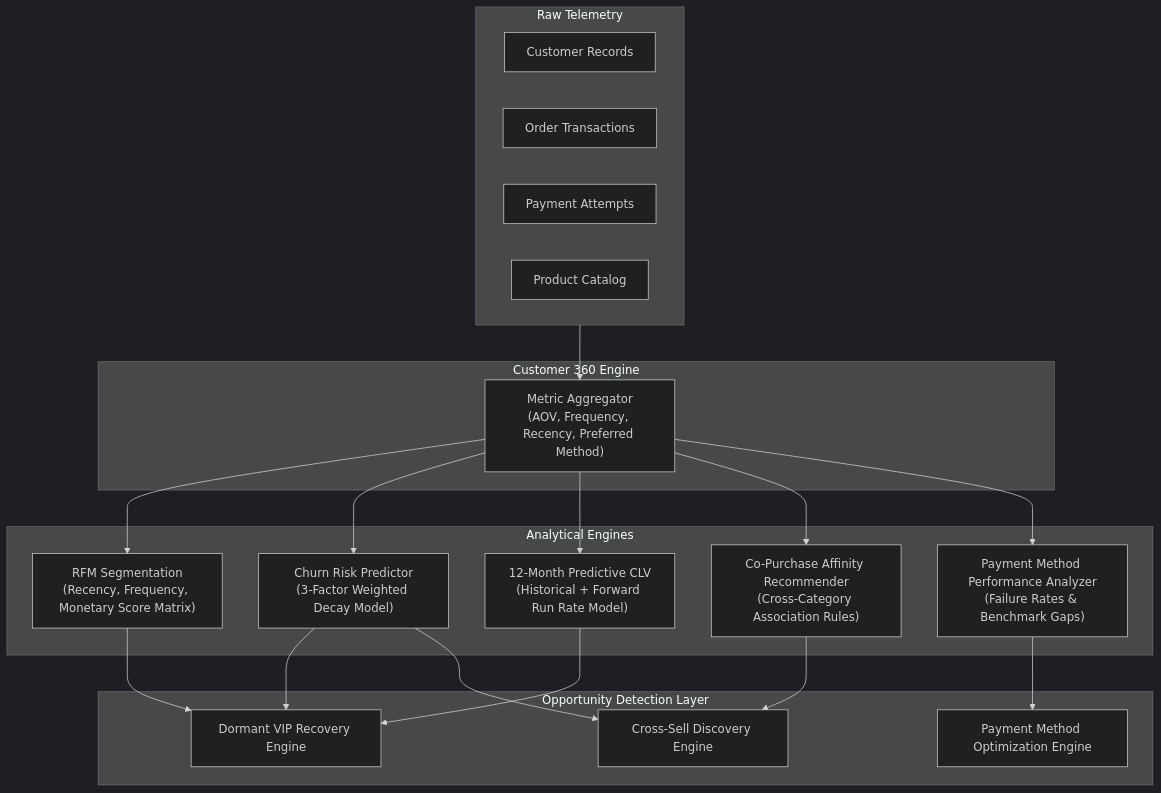
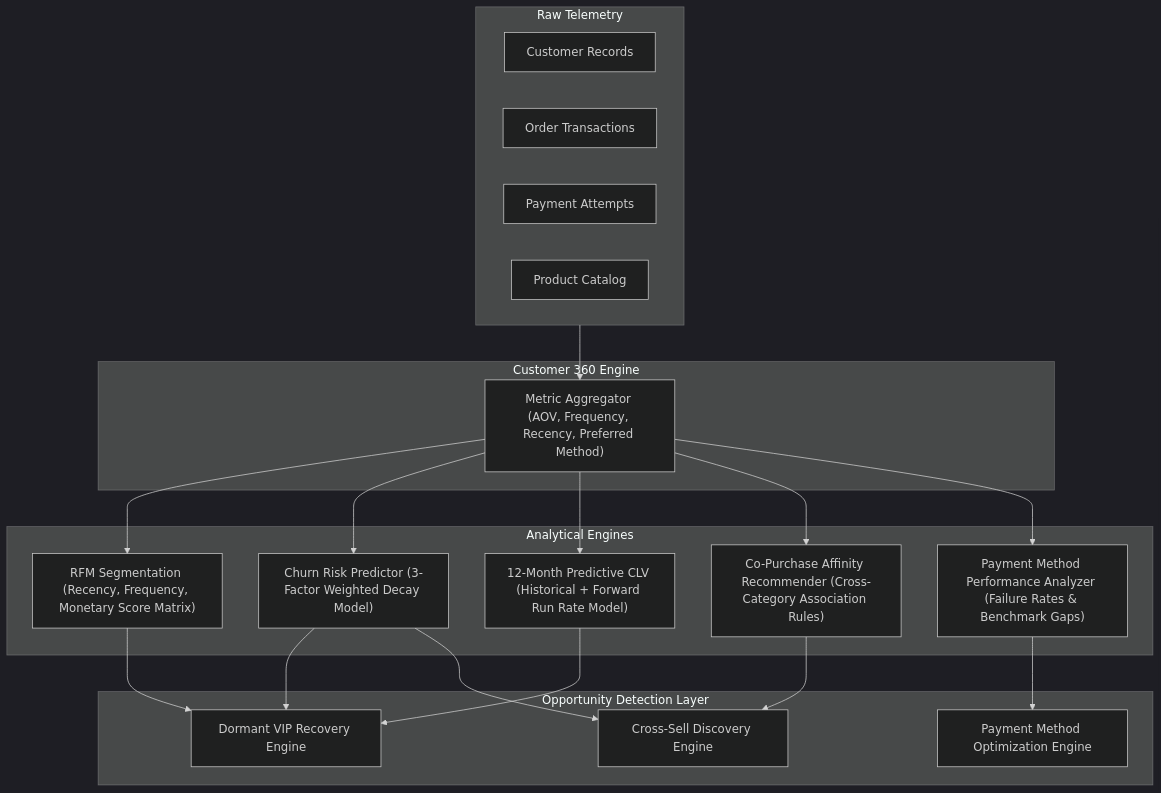
One commit to MouleeswaranR/RazorGrowth changed the first of 2 diagrams in docs/INTELLIGENCE.md. Above: the diagram before and after it, drawn with Mermaid (dark theme). The commit also changed other lines of this file and 21 other files, not shown here.

````diff
--- a/docs/INTELLIGENCE.md
+++ b/docs/INTELLIGENCE.md
@@ -7,38 +7,41 @@
 ```mermaid
 flowchart TD
     subgraph RawData["Raw Telemetry"]
         CUST["Customer Records"]
         ORD["Order Transactions"]
         PAY["Payment Attempts"]
         PROD["Product Catalog"]
     end
 
     subgraph C360["Customer 360 Engine"]
-        AGG["Metric Aggregator\n(AOV, Frequency, Recency, Preferred Method)"]
+        AGG["Metric Aggregator (AOV, Frequency, Recency, Preferred Method)"]
     end
 
     subgraph AnalyticalModels["Analytical Engines"]
-        RFM["RFM Segmentation\n(Recency, Frequency, Monetary Score Matrix)"]
-        CHURN["Churn Risk Predictor\n(3-Factor Weighted Decay Model)"]
-        CLV["12-Month Predictive CLV\n(Historical + Forward Run Rate Model)"]
-        AFF["Co-Purchase Affinity Recommender\n(Cross-Category Association Rules)"]
-        PMA["Payment Method Performance Analyzer\n(Failure Rates & Benchmark Gaps)"]
+        RFM["RFM Segmentation (Recency, Frequency, Monetary Score Matrix)"]
+        CHURN["Churn Risk Predictor (3-Factor Weighted Decay Model)"]
+        CLV["12-Month Predictive CLV (Historical + Forward Run Rate Model)"]
+        AFF["Co-Purchase Affinity Recommender (Cross-Category Association Rules)"]
+        PMA["Payment Method Performance Analyzer (Failure Rates & Benchmark Gaps)"]
     end
 
     subgraph OpportunityDiscovery["Opportunity Detection Layer"]
         OPP1["Dormant VIP Recovery Engine"]
         OPP2["Payment Method Optimization Engine"]
         OPP3["Cross-Sell Discovery Engine"]
     end
 
     RawData --> AGG
     AGG --> RFM
     AGG --> CHURN
     AGG --> CLV
     AGG --> AFF
     AGG --> PMA
     
-    RFM & CHURN & CLV --> OPP1
+    RFM --> OPP1
+    CHURN --> OPP1
+    CLV --> OPP1
     PMA --> OPP2
-    AFF & CHURN --> OPP3
+    AFF --> OPP3
+    CHURN --> OPP3
 ```
````
